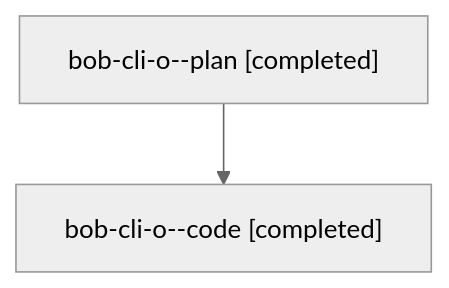
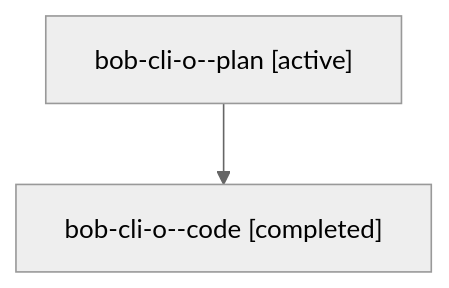
One commit to bobs-org/bob-cli--agents changed the diagram in families/bbugyi200.athena.bob-cli-o.md. Above: the diagram before and after it, drawn with Mermaid (neutral theme). The commit also changed other lines of this file and 1279 other files, not shown here.

````diff
--- a/families/bbugyi200.athena.bob-cli-o.md
+++ b/families/bbugyi200.athena.bob-cli-o.md
@@ -9,6 +9,6 @@
 ```mermaid
 flowchart TD
-  n0["bob-cli-o--plan [completed]"]
+  n0["bob-cli-o--plan [active]"]
   n1["bob-cli-o--code [completed]"]
   n0 --> n1
 ```
````
